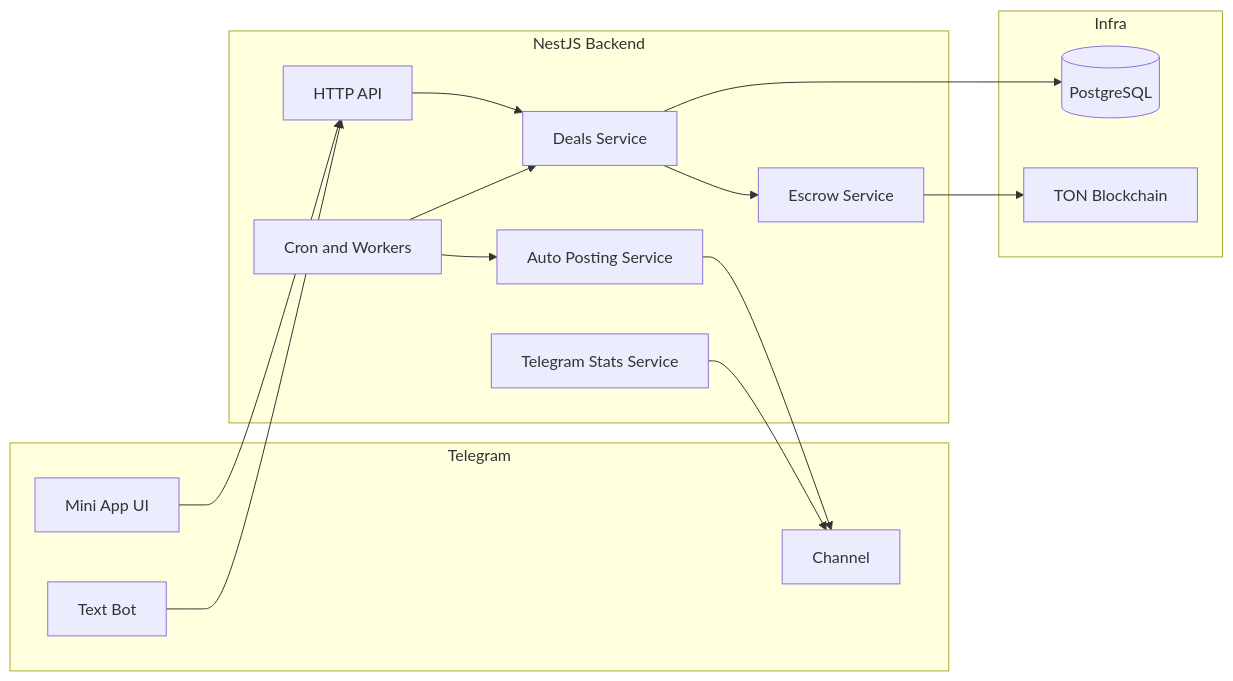
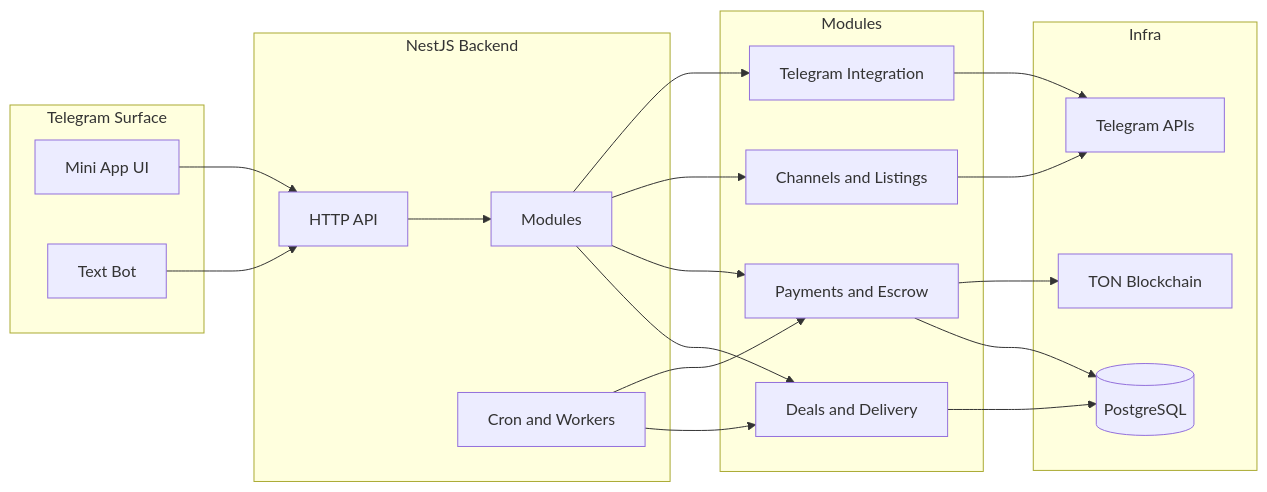
Before and after one commit to AndrewwPataleta/PostGramX-backend: the diagram in README.md, drawn with Mermaid. The commit also changed 1 other file, not shown here.

Commit message:
docs: expand architecture diagrams

````diff
--- a/README.md
+++ b/README.md
@@ -12,33 +12,41 @@
 ```mermaid
 flowchart LR
-  subgraph Telegram
+  subgraph Telegram Surface
     MA[Mini App UI]
     BOT[Text Bot]
-    CH[Channel]
   end
 
   subgraph Backend[NestJS Backend]
     API[HTTP API]
-    DEALS[Deals Service]
-    ESCROW[Escrow Service]
-    POSTING[Auto Posting Service]
-    STATS[Telegram Stats Service]
+    MODS[Modules]
     JOBS[Cron and Workers]
+  end
+
+  subgraph Modules
+    DEALS[Deals and Delivery]
+    PAY[Payments and Escrow]
+    CHAN[Channels and Listings]
+    TG[Telegram Integration]
   end
 
   subgraph Infra
     PG[(PostgreSQL)]
     TON[TON Blockchain]
+    TAPI[Telegram APIs]
   end
 
   MA --> API
   BOT --> API
-  API --> DEALS
+  API --> MODS
+  MODS --> DEALS
+  MODS --> PAY
+  MODS --> CHAN
+  MODS --> TG
   DEALS --> PG
-  DEALS --> ESCROW
-  ESCROW --> TON
-  POSTING --> CH
-  STATS --> CH
+  PAY --> PG
+  PAY --> TON
+  TG --> TAPI
+  CHAN --> TAPI
   JOBS --> DEALS
-  JOBS --> POSTING
+  JOBS --> PAY
 ```
````
